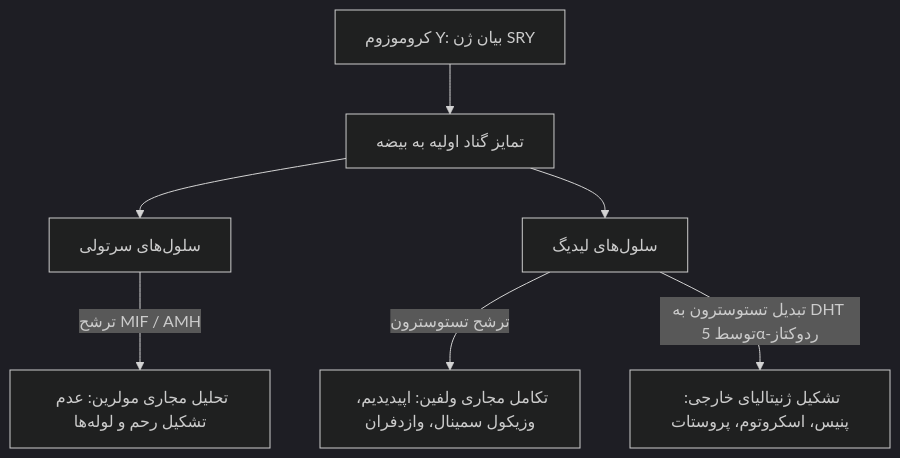
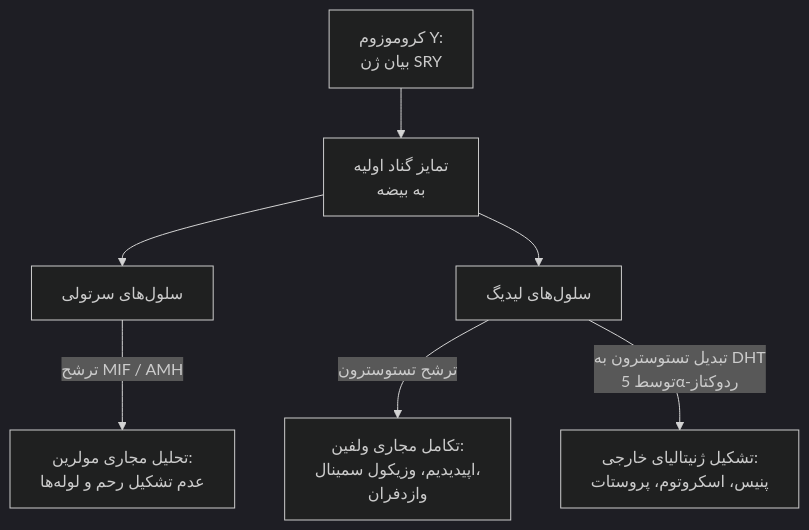
One commit to neopulse-hub/TUMS-1402-1-neo changed the first of 6 diagrams in 07/مبانی غدد/هیپوگنادیسم مردان.md. Above: the diagram before and after it, drawn with Mermaid (dark theme). The commit also changed other lines of this file, not shown here.

````diff
--- a/07/مبانی غدد/هیپوگنادیسم مردان.md
+++ b/07/مبانی غدد/هیپوگنادیسم مردان.md
@@ -15,10 +15,12 @@
 ```mermaid
 flowchart TD
-    Y[کروموزوم Y: بیان ژن SRY] --> Gonad[تمایز گناد اولیه به بیضه]
-    Gonad --> Sertoli[سلول‌های سرتولی]
-    Gonad --> Leydig[سلول‌های لیدیگ]
-    
-    Sertoli -->|ترشح MIF / AMH| Regress[تحلیل مجاری مولرین: عدم تشکیل رحم و لوله‌ها]
-    Leydig -->|ترشح تستوسترون| Wolffian[تکامل مجاری ولفین: اپیدیدیم، وزیکول سمینال، وازدفران]
-    Leydig -->|تبدیل تستوسترون به DHT توسط 5α-ردوکتاز| ExtGen[تشکیل ژنیتالیای خارجی: پنیس، اسکروتوم، پروستات]
+
+Y[کروموزوم Y:<br>بیان ژن SRY] --> Gonad[تمایز گناد اولیه<br>به بیضه]
+
+Gonad --> Sertoli[سلول‌های سرتولی]
+
+Gonad --> Leydig[سلول‌های لیدیگ]
+Sertoli -->|ترشح MIF / AMH| Regress[تحلیل مجاری مولرین:<br>عدم تشکیل رحم و لوله‌ها]
+Leydig -->|ترشح تستوسترون| Wolffian[تکامل مجاری ولفین:<br>اپیدیدیم، وزیکول سمینال،<br>وازدفران]
+Leydig -->|تبدیل تستوسترون به DHT<br>توسط 5α-ردوکتاز| ExtGen[تشکیل ژنیتالیای خارجی:<br>پنیس، اسکروتوم، پروستات]
 ```
````
